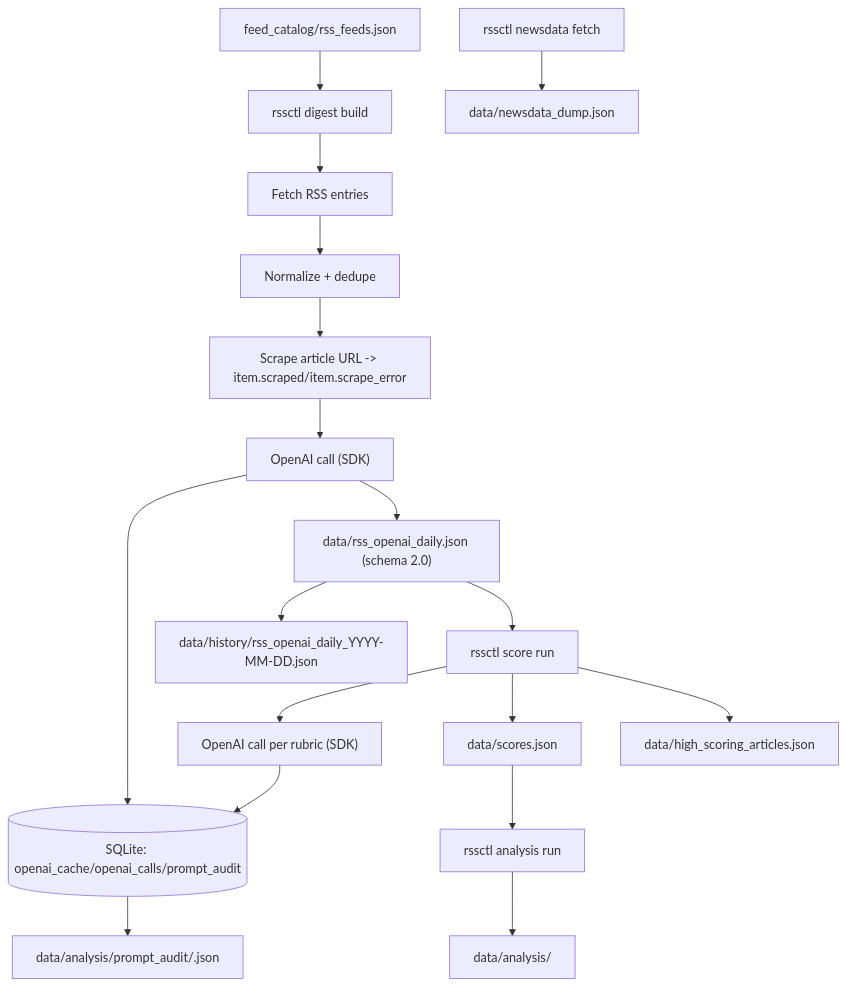
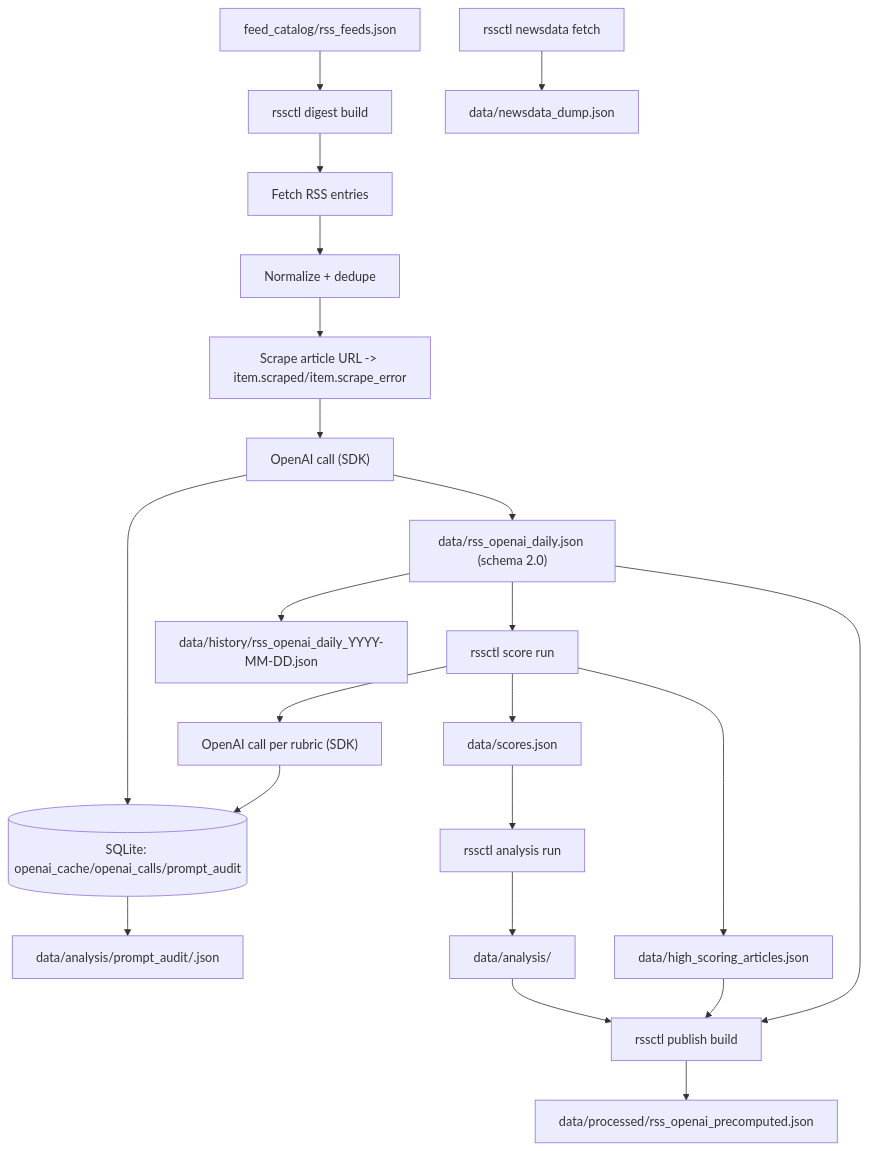
The second of 3 diagrams in workflow_diagram.md (Distinction-Projects/RSS_Feeds), drawn with Mermaid before and after one commit. The commit also changed other lines of this file and 15 other files, not shown here.

Commit message:
feat: publish daily precomputed JSON for downstream apps

````diff
--- a/workflow_diagram.md
+++ b/workflow_diagram.md
@@ -35,23 +43,27 @@
 ```mermaid
 flowchart TD
   Catalog["feed_catalog/rss_feeds.json"] --> Digest["rssctl digest build"]
   Digest --> Fetch["Fetch RSS entries"]
   Fetch --> Normalize["Normalize + dedupe"]
   Normalize --> Scrape["Scrape article URL -> item.scraped/item.scrape_error"]
   Scrape --> Summarize["OpenAI call (SDK)"]
   Summarize --> Cache[("SQLite: openai_cache/openai_calls/prompt_audit")]
   Summarize --> Daily["data/rss_openai_daily.json (schema 2.0)"]
   Daily --> History["data/history/rss_openai_daily_YYYY-MM-DD.json"]
   Cache --> PromptExport["data/analysis/prompt_audit/<run_id>.json"]
 
   Daily --> Score["rssctl score run"]
   Score --> ScoreOpenAI["OpenAI call per rubric (SDK)"]
   ScoreOpenAI --> Cache
   Score --> Scores["data/scores.json"]
   Score --> High["data/high_scoring_articles.json"]
 
   Scores --> Analysis["rssctl analysis run"]
   Analysis --> AnalysisOut["data/analysis/"]
+  AnalysisOut --> Publish["rssctl publish build"]
+  High --> Publish
+  Daily --> Publish
+  Publish --> Processed["data/processed/rss_openai_precomputed.json"]
 
   NewsDataFetch["rssctl newsdata fetch"] --> NewsDataDump["data/newsdata_dump.json"]
 ```
````
